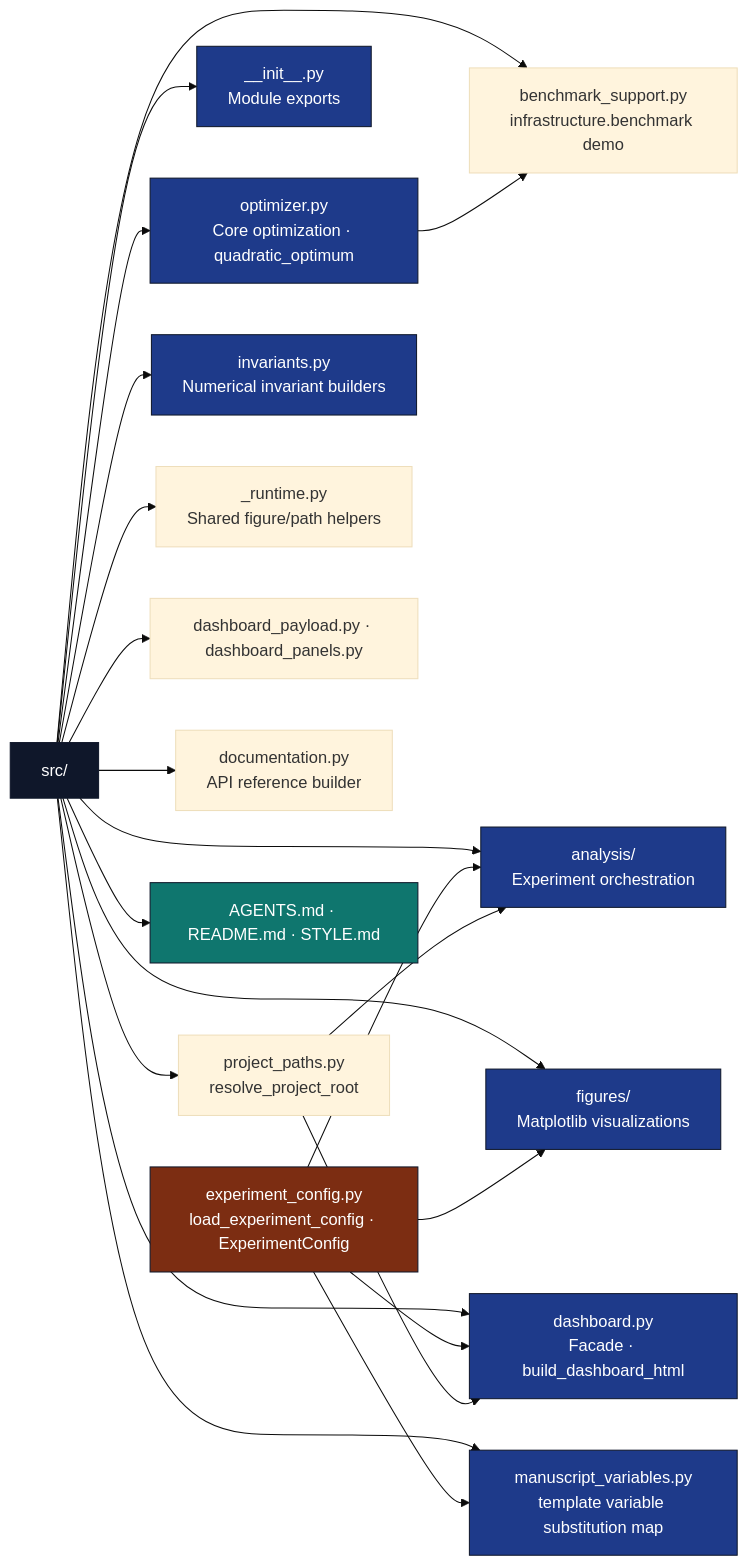
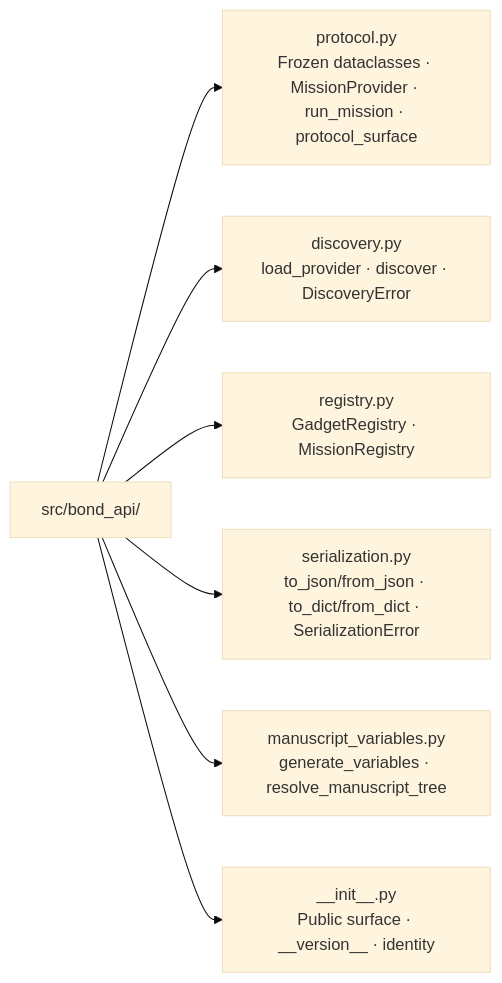
Before and after one commit to docxology/bond-api: the diagram in src/AGENTS.md, drawn with Mermaid (base theme). The commit also changed other lines of this file and 1083 other files, not shown here.

````diff
--- a/src/AGENTS.md
+++ b/src/AGENTS.md
@@ -19,35 +23,10 @@
 ```mermaid
 flowchart LR
-    CFG[experiment_config.py<br/>load_experiment_config · ExperimentConfig]
-    SRC["src/"]
-    SRC --> INIT[__init__.py<br/>Module exports]
-    SRC --> OPT[optimizer.py<br/>Core optimization · quadratic_optimum]
-    SRC --> INV[invariants.py<br/>Numerical invariant builders]
-    SRC --> ANA[analysis/<br/>Experiment orchestration]
-    SRC --> FIG[figures/<br/>Matplotlib visualizations]
-    SRC --> RUN[_runtime.py<br/>Shared figure/path helpers]
-    SRC --> DASH[dashboard.py<br/>Facade · build_dashboard_html]
-    SRC --> DP[dashboard_payload.py · dashboard_panels.py]
-    SRC --> VARS["manuscript_variables.py<br/>template variable substitution map"]
-    SRC --> DOC[documentation.py<br/>API reference builder]
-    SRC --> PP[project_paths.py<br/>resolve_project_root]
-    SRC --> BS[benchmark_support.py<br/>infrastructure.benchmark demo]
-    SRC --> AG[AGENTS.md · README.md · STYLE.md]
-
-    CFG --> ANA
-    CFG --> FIG
-    CFG --> DASH
-    CFG --> VARS
-    PP --> ANA
-    PP --> DASH
-    OPT --> BS
-
-    classDef d fill:#0f172a,stroke:#0f172a,color:#fff
-    classDef code fill:#1e3a8a,stroke:#0f172a,color:#fff
-    classDef cfg fill:#7c2d12,stroke:#0f172a,color:#fff
-    classDef doc fill:#0f766e,stroke:#0f172a,color:#fff
-    class SRC d
-    class INIT,OPT,INV,ANA,FIG,DASH,VARS code
-    class CFG cfg
-    class AG doc
+    PKG[src/bond_api/]
+    PKG --> PROTO[protocol.py<br/>Frozen dataclasses · MissionProvider · run_mission · protocol_surface]
+    PKG --> DISC[discovery.py<br/>load_provider · discover · DiscoveryError]
+    PKG --> REG[registry.py<br/>GadgetRegistry · MissionRegistry]
+    PKG --> SER[serialization.py<br/>to_json/from_json · to_dict/from_dict · SerializationError]
+    PKG --> MV[manuscript_variables.py<br/>generate_variables · resolve_manuscript_tree]
+    PKG --> INIT[__init__.py<br/>Public surface · __version__ · identity]
 ```
````
